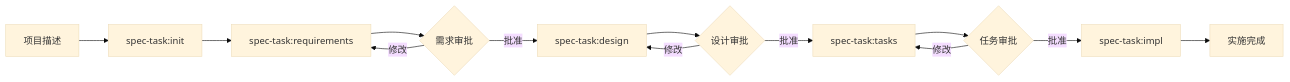
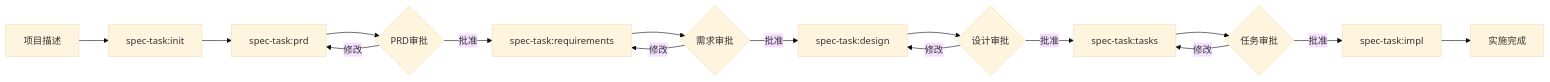
One commit to zhiyue/infinite-scribe changed the diagram in .claude/commands/spec-task/README.md. Above: the diagram before and after it, drawn with Mermaid (base theme). The commit also changed other lines of this file and 3 other files, not shown here.

First line of the commit message:
feat(spec-task): add Product Requirements Document (PRD) generation and update workflow

````diff
--- a/.claude/commands/spec-task/README.md
+++ b/.claude/commands/spec-task/README.md
@@ -17,15 +17,18 @@
 ```mermaid
 graph LR
     A[项目描述] --> B[spec-task:init]
-    B --> C[spec-task:requirements]  
-    C --> D{需求审批}
-    D -->|批准| E[spec-task:design]
+    B --> C[spec-task:prd]
+    C --> D{PRD审批}
+    D -->|批准| E[spec-task:requirements]  
     D -->|修改| C
-    E --> F{设计审批}
-    F -->|批准| G[spec-task:tasks]
+    E --> F{需求审批}
+    F -->|批准| G[spec-task:design]
     F -->|修改| E
-    G --> H{任务审批}
-    H -->|批准| I[spec-task:impl]
+    G --> H{设计审批}
+    H -->|批准| I[spec-task:tasks]
     H -->|修改| G
-    I --> J[实施完成]
+    I --> J{任务审批}
+    J -->|批准| K[spec-task:impl]
+    J -->|修改| I
+    K --> L[实施完成]
 ```
````
